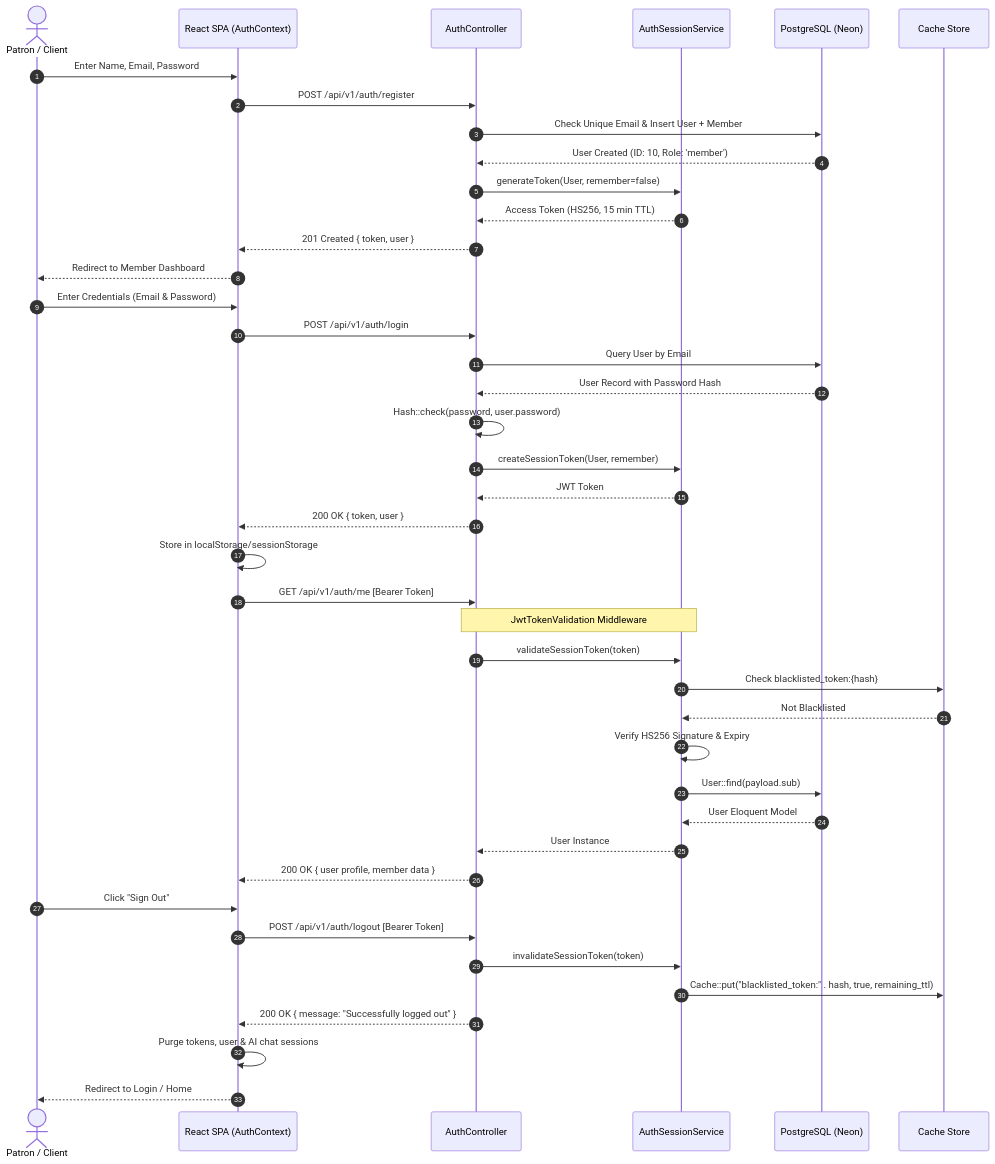
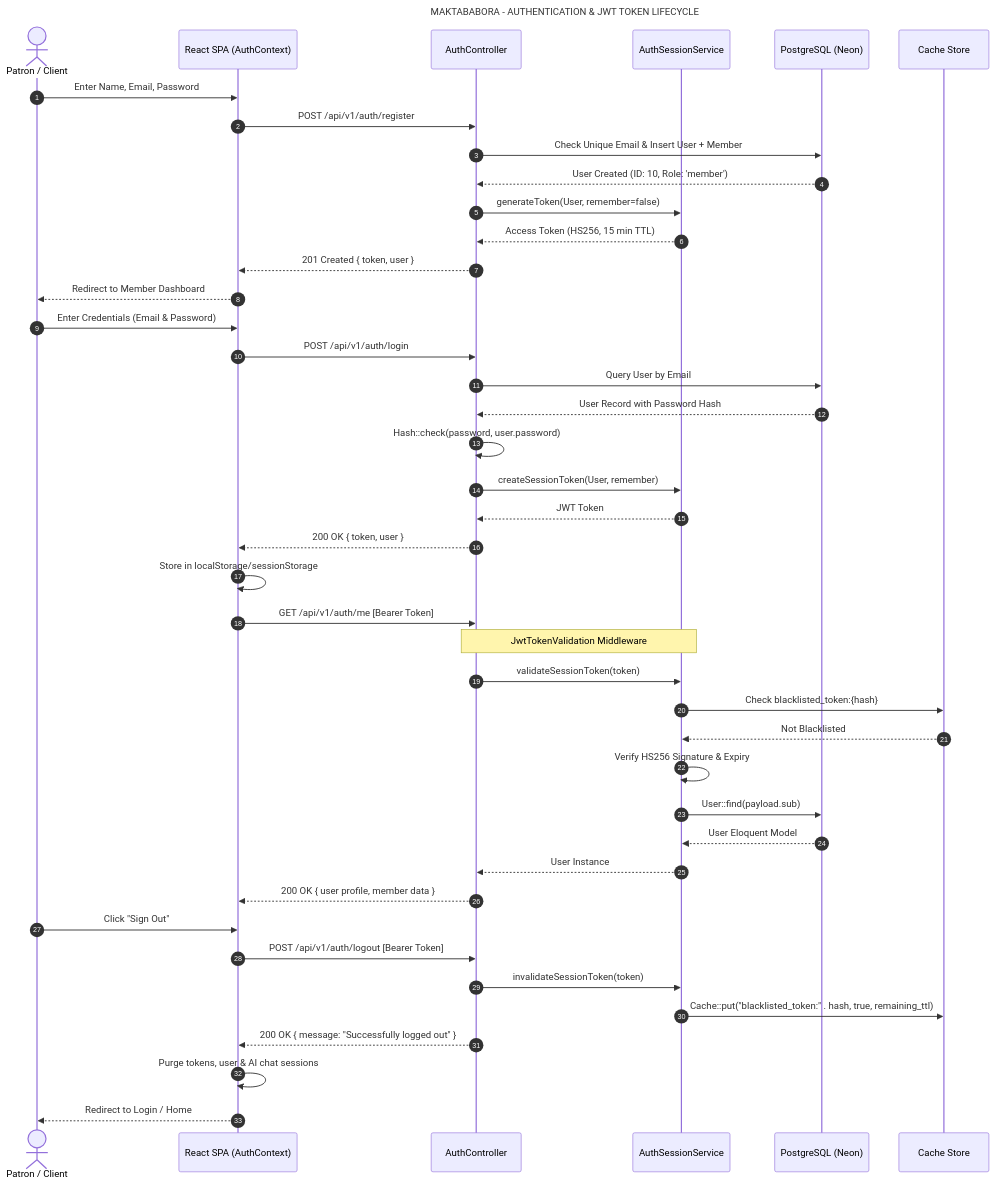
The first of 6 diagrams in docs/sequence_diagrams.md (lornaarwa/MaktabaBora-Library-Management-System), drawn with Mermaid before and after one commit. The commit also changed other lines of this file and 19 other files, not shown here.

Commit message:
docs(diagrams): optimize horizontal A4 layout, add titles, and rebrand to MaktabaBora

````diff
--- a/docs/sequence_diagrams.md
+++ b/docs/sequence_diagrams.md
@@ -9,52 +9,55 @@
 ```mermaid
+---
+title: MAKTABABORA - AUTHENTICATION & JWT TOKEN LIFECYCLE
+---
 sequenceDiagram
     autonumber
     actor User as Patron / Client
     participant Frontend as React SPA (AuthContext)
     participant AuthCtrl as AuthController
     participant SessionSvc as AuthSessionService
     participant DB as PostgreSQL (Neon)
     participant Cache as Cache Store
 
     %% Registration
     User->>Frontend: Enter Name, Email, Password
     Frontend->>AuthCtrl: POST /api/v1/auth/register
     AuthCtrl->>DB: Check Unique Email & Insert User + Member
     DB-->>AuthCtrl: User Created (ID: 10, Role: 'member')
     AuthCtrl->>SessionSvc: generateToken(User, remember=false)
     SessionSvc-->>AuthCtrl: Access Token (HS256, 15 min TTL)
     AuthCtrl-->>Frontend: 201 Created { token, user }
     Frontend-->>User: Redirect to Member Dashboard
 
     %% Subsequent Login
     User->>Frontend: Enter Credentials (Email & Password)
     Frontend->>AuthCtrl: POST /api/v1/auth/login
     AuthCtrl->>DB: Query User by Email
     DB-->>AuthCtrl: User Record with Password Hash
     AuthCtrl->>AuthCtrl: Hash::check(password, user.password)
     AuthCtrl->>SessionSvc: createSessionToken(User, remember)
     SessionSvc-->>AuthCtrl: JWT Token
     AuthCtrl-->>Frontend: 200 OK { token, user }
     Frontend->>Frontend: Store in localStorage/sessionStorage
 
     %% API Request with Middleware
     Frontend->>AuthCtrl: GET /api/v1/auth/me [Bearer Token]
     Note over AuthCtrl,SessionSvc: JwtTokenValidation Middleware
     AuthCtrl->>SessionSvc: validateSessionToken(token)
     SessionSvc->>Cache: Check blacklisted_token:{hash}
     Cache-->>SessionSvc: Not Blacklisted
     SessionSvc->>SessionSvc: Verify HS256 Signature & Expiry
     SessionSvc->>DB: User::find(payload.sub)
     DB-->>SessionSvc: User Eloquent Model
     SessionSvc-->>AuthCtrl: User Instance
     AuthCtrl-->>Frontend: 200 OK { user profile, member data }
 
     %% Logout
     User->>Frontend: Click "Sign Out"
     Frontend->>AuthCtrl: POST /api/v1/auth/logout [Bearer Token]
     AuthCtrl->>SessionSvc: invalidateSessionToken(token)
     SessionSvc->>Cache: Cache::put("blacklisted_token:" . hash, true, remaining_ttl)
     AuthCtrl-->>Frontend: 200 OK { message: "Successfully logged out" }
     Frontend->>Frontend: Purge tokens, user & AI chat sessions
     Frontend-->>User: Redirect to Login / Home
 ```
````
